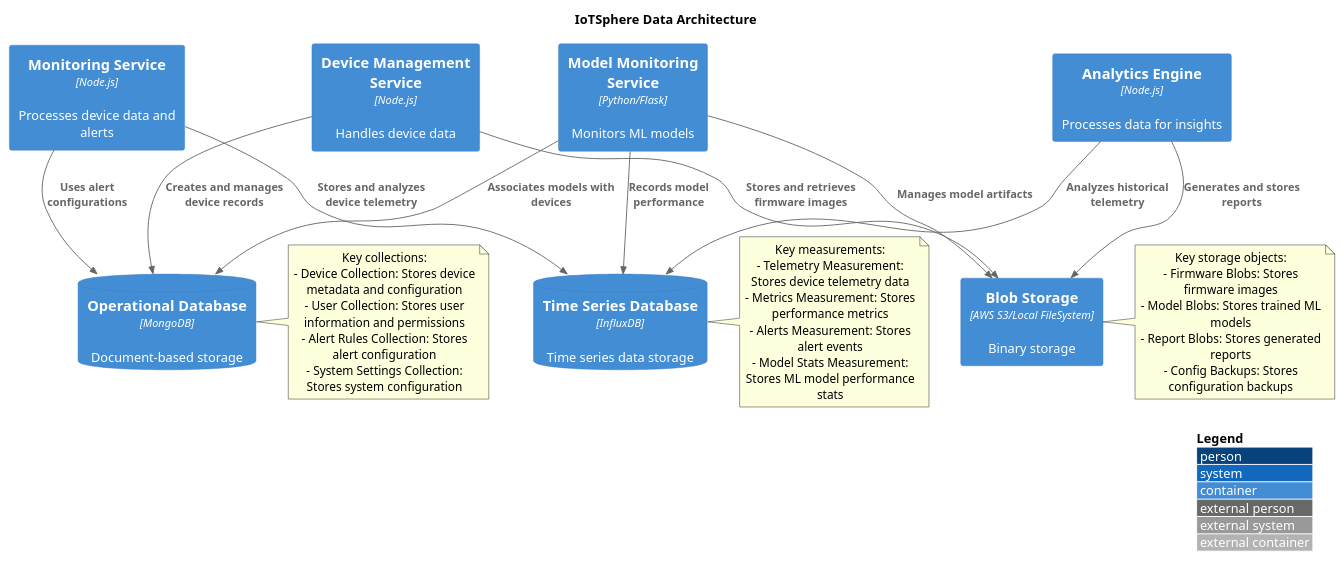
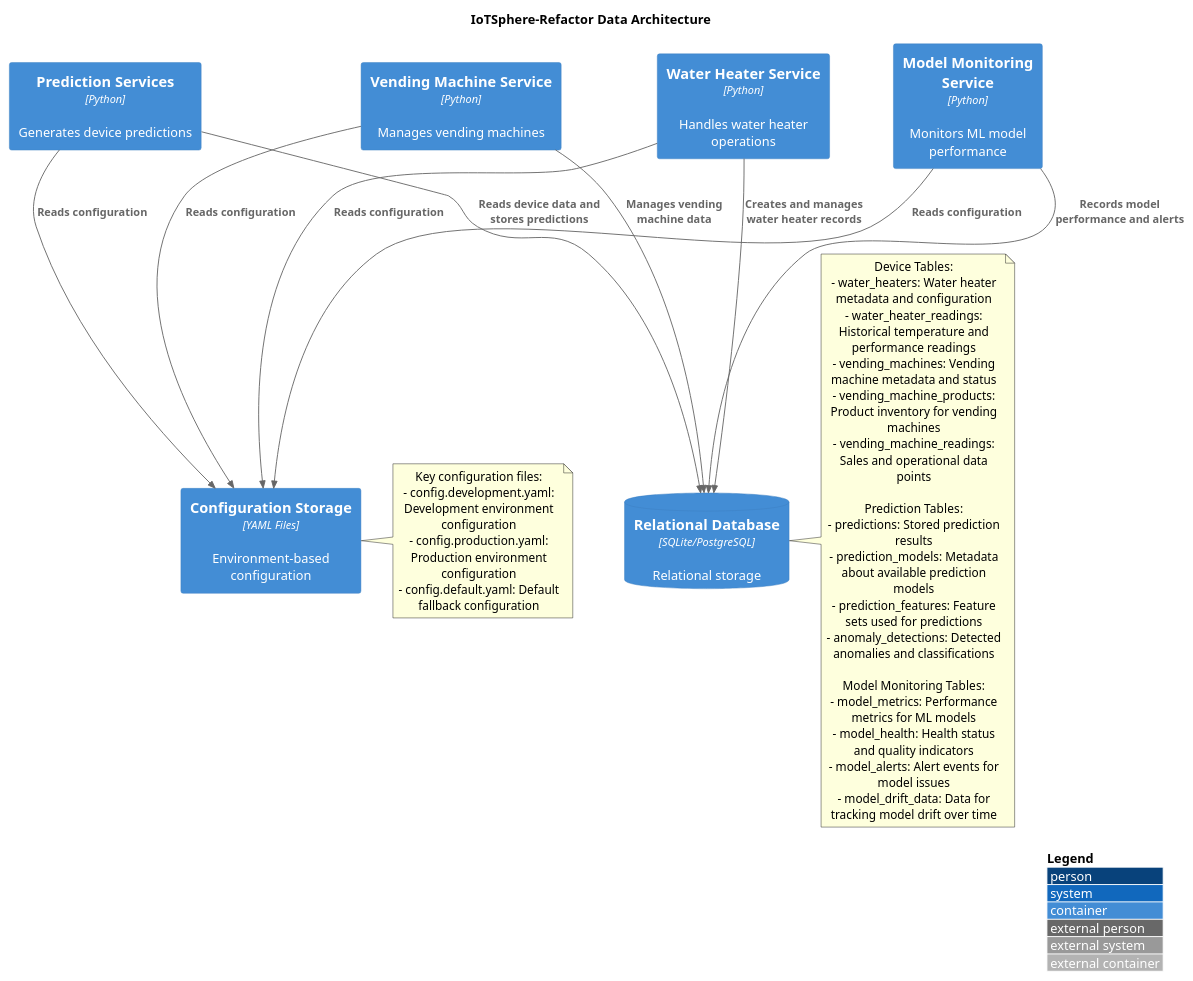
The diagram in docs/system-architecture/plantuml/data_architecture.puml (jamesenki/dashboards), drawn with PlantUML before and after one commit. The commit also changed 28 other files, not shown here.

```diff
--- a/docs/system-architecture/plantuml/data_architecture.puml
+++ b/docs/system-architecture/plantuml/data_architecture.puml
@@ -1,52 +1,55 @@
 @startuml Data Architecture
 !include <C4/C4_Container>
 
-title "IoTSphere Data Architecture"
+title "IoTSphere-Refactor Data Architecture"
 
-Container(deviceService, "Device Management Service", "Node.js", "Handles device data")
-Container(monitoringService, "Monitoring Service", "Node.js", "Processes device data and alerts")
-Container(analyticsEngine, "Analytics Engine", "Node.js", "Processes data for insights")
-Container(modelMonitoring, "Model Monitoring Service", "Python/Flask", "Monitors ML models")
+Container(water_heater_service, "Water Heater Service", "Python", "Handles water heater operations")
+Container(vending_machine_service, "Vending Machine Service", "Python", "Manages vending machines")
+Container(prediction_services, "Prediction Services", "Python", "Generates device predictions")
+Container(model_monitoring, "Model Monitoring Service", "Python", "Monitors ML model performance")
 
-ContainerDb(operationalDb, "Operational Database", "MongoDB", "Document-based storage")
-Note right of operationalDb
-  Key collections:
-  - Device Collection: Stores device metadata and configuration
-  - User Collection: Stores user information and permissions
-  - Alert Rules Collection: Stores alert configuration
-  - System Settings Collection: Stores system configuration
+ContainerDb(relationalDb, "Relational Database", "SQLite/PostgreSQL", "Relational storage")
+
+Note right of relationalDb
+  Device Tables:
+  - water_heaters: Water heater metadata and configuration
+  - water_heater_readings: Historical temperature and performance readings
+  - vending_machines: Vending machine metadata and status
+  - vending_machine_products: Product inventory for vending machines
+  - vending_machine_readings: Sales and operational data points
+
+  Prediction Tables:
+  - predictions: Stored prediction results
+  - prediction_models: Metadata about available prediction models
+  - prediction_features: Feature sets used for predictions
+  - anomaly_detections: Detected anomalies and classifications
+
+  Model Monitoring Tables:
+  - model_metrics: Performance metrics for ML models
+  - model_health: Health status and quality indicators
+  - model_alerts: Alert events for model issues
+  - model_drift_data: Data for tracking model drift over time
 end note
 
-ContainerDb(timeseriesDb, "Time Series Database", "InfluxDB", "Time series data storage")
-Note right of timeseriesDb
-  Key measurements:
-  - Telemetry Measurement: Stores device telemetry data
-  - Metrics Measurement: Stores performance metrics
-  - Alerts Measurement: Stores alert events
-  - Model Stats Measurement: Stores ML model performance stats
+Container(configStorage, "Configuration Storage", "YAML Files", "Environment-based configuration")
+Note right of configStorage
+  Key configuration files:
+  - config.development.yaml: Development environment configuration
+  - config.production.yaml: Production environment configuration
+  - config.default.yaml: Default fallback configuration
 end note
 
-Container(blobStorage, "Blob Storage", "AWS S3/Local FileSystem", "Binary storage")
-Note right of blobStorage
-  Key storage objects:
-  - Firmware Blobs: Stores firmware images
-  - Model Blobs: Stores trained ML models
-  - Report Blobs: Stores generated reports
-  - Config Backups: Stores configuration backups
-end note
+Rel(water_heater_service, relationalDb, "Creates and manages water heater records")
+Rel(vending_machine_service, relationalDb, "Manages vending machine data")
 
-Rel(deviceService, operationalDb, "Creates and manages device records")
-Rel(deviceService, blobStorage, "Stores and retrieves firmware images")
+Rel(prediction_services, relationalDb, "Reads device data and stores predictions")
 
-Rel(monitoringService, timeseriesDb, "Stores and analyzes device telemetry")
-Rel(monitoringService, operationalDb, "Uses alert configurations")
+Rel(model_monitoring, relationalDb, "Records model performance and alerts")
 
-Rel(analyticsEngine, timeseriesDb, "Analyzes historical telemetry")
-Rel(analyticsEngine, blobStorage, "Generates and stores reports")
-
-Rel(modelMonitoring, timeseriesDb, "Records model performance")
-Rel(modelMonitoring, blobStorage, "Manages model artifacts")
-Rel(modelMonitoring, operationalDb, "Associates models with devices")
+Rel(water_heater_service, configStorage, "Reads configuration")
+Rel(vending_machine_service, configStorage, "Reads configuration")
+Rel(prediction_services, configStorage, "Reads configuration")
+Rel(model_monitoring, configStorage, "Reads configuration")
 
 LAYOUT_WITH_LEGEND()
 @enduml
```
